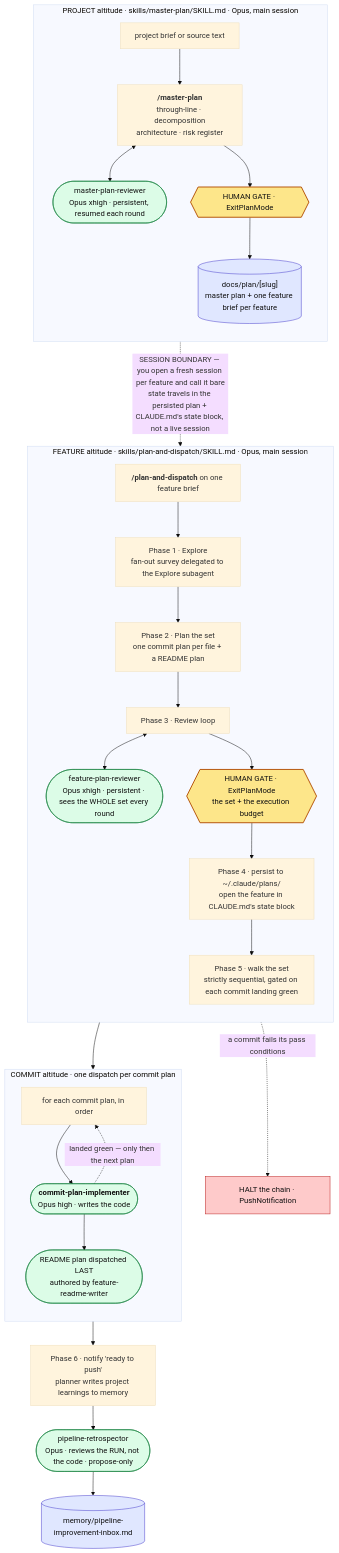
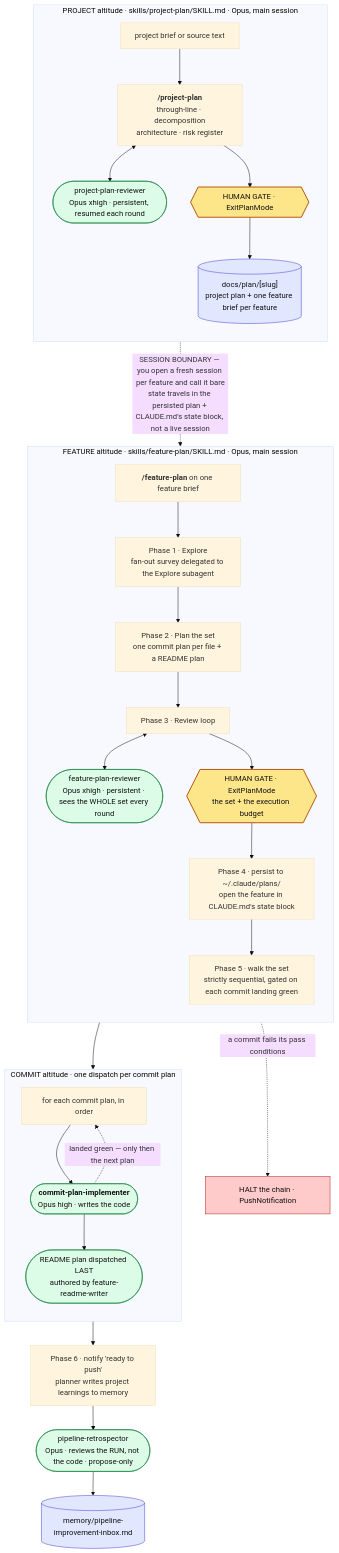
Before and after one commit to var-pi/dotfiles: the first of 4 diagrams in .claude/PIPELINE.md, drawn with Mermaid (base theme). The commit also changed other lines of this file and 23 other files, not shown here.

````diff
--- a/.claude/PIPELINE.md
+++ b/.claude/PIPELINE.md
@@ -37,45 +39,45 @@
 ```mermaid
 flowchart TD
-    subgraph L1["PROJECT altitude · skills/master-plan/SKILL.md · Opus, main session"]
+    subgraph L1["PROJECT altitude · skills/project-plan/SKILL.md · Opus, main session"]
         direction TB
-        B["project brief or source text"] --> MP["<b>/master-plan</b><br/>through-line · decomposition<br/>architecture · risk register"]
-        MP <--> MPR(["master-plan-reviewer<br/>Opus xhigh · persistent, resumed each round"])
+        B["project brief or source text"] --> MP["<b>/project-plan</b><br/>through-line · decomposition<br/>architecture · risk register"]
+        MP <--> MPR(["project-plan-reviewer<br/>Opus xhigh · persistent, resumed each round"])
         MP --> G1{{"HUMAN GATE · ExitPlanMode"}}
-        G1 --> DP[("docs/plan/[slug]<br/>master plan + one feature brief per feature")]
+        G1 --> DP[("docs/plan/[slug]<br/>project plan + one feature brief per feature")]
     end
 
-    subgraph L2["FEATURE altitude · skills/plan-and-dispatch/SKILL.md · Opus, main session"]
+    subgraph L2["FEATURE altitude · skills/feature-plan/SKILL.md · Opus, main session"]
         direction TB
-        PAD["<b>/plan-and-dispatch</b> on one feature brief"]
+        PAD["<b>/feature-plan</b> on one feature brief"]
         PAD --> P1["Phase 1 · Explore<br/>fan-out survey delegated to the Explore subagent"]
         P1 --> P2["Phase 2 · Plan the set<br/>one commit plan per file + a README plan"]
         P2 --> P3["Phase 3 · Review loop"]
         P3 <--> FPR(["feature-plan-reviewer<br/>Opus xhigh · persistent · sees the WHOLE set every round"])
         P3 --> G2{{"HUMAN GATE · ExitPlanMode<br/>the set + the execution budget"}}
         G2 --> P4["Phase 4 · persist to ~/.claude/plans/<br/>open the feature in CLAUDE.md's state block"]
         P4 --> P5["Phase 5 · walk the set<br/>strictly sequential, gated on each commit landing green"]
     end
 
     subgraph L3["COMMIT altitude · one dispatch per commit plan"]
         direction TB
         LOOP["for each commit plan, in order"] --> IMP(["<b>commit-plan-implementer</b><br/>Opus high · writes the code"])
         IMP -. "landed green — only then the next plan" .-> LOOP
         IMP --> RM(["README plan dispatched LAST<br/>authored by feature-readme-writer"])
     end
 
     DP -. "SESSION BOUNDARY — you open a fresh session per feature and call it bare<br/>state travels in the persisted plan + CLAUDE.md's state block, not a live session" .-> PAD
     P5 --> LOOP
     RM --> P6["Phase 6 · notify 'ready to push'<br/>planner writes project learnings to memory"]
     P6 --> RETRO(["pipeline-retrospector<br/>Opus · reviews the RUN, not the code · propose-only"])
     RETRO --> INBOX[("memory/pipeline-improvement-inbox.md")]
     P5 -. "a commit fails its pass conditions" .-> HALT["HALT the chain · PushNotification"]
 
     classDef gate fill:#fde68a,stroke:#b45309,stroke-width:2px,color:#111;
     classDef store fill:#e0e7ff,stroke:#4338ca,color:#111;
     classDef agent fill:#dcfce7,stroke:#15803d,color:#111;
     classDef stop fill:#fecaca,stroke:#b91c1c,color:#111;
     class G1,G2 gate;
     class DP,INBOX store;
     class MPR,FPR,IMP,RM,RETRO agent;
     class HALT stop;
 ```
````
